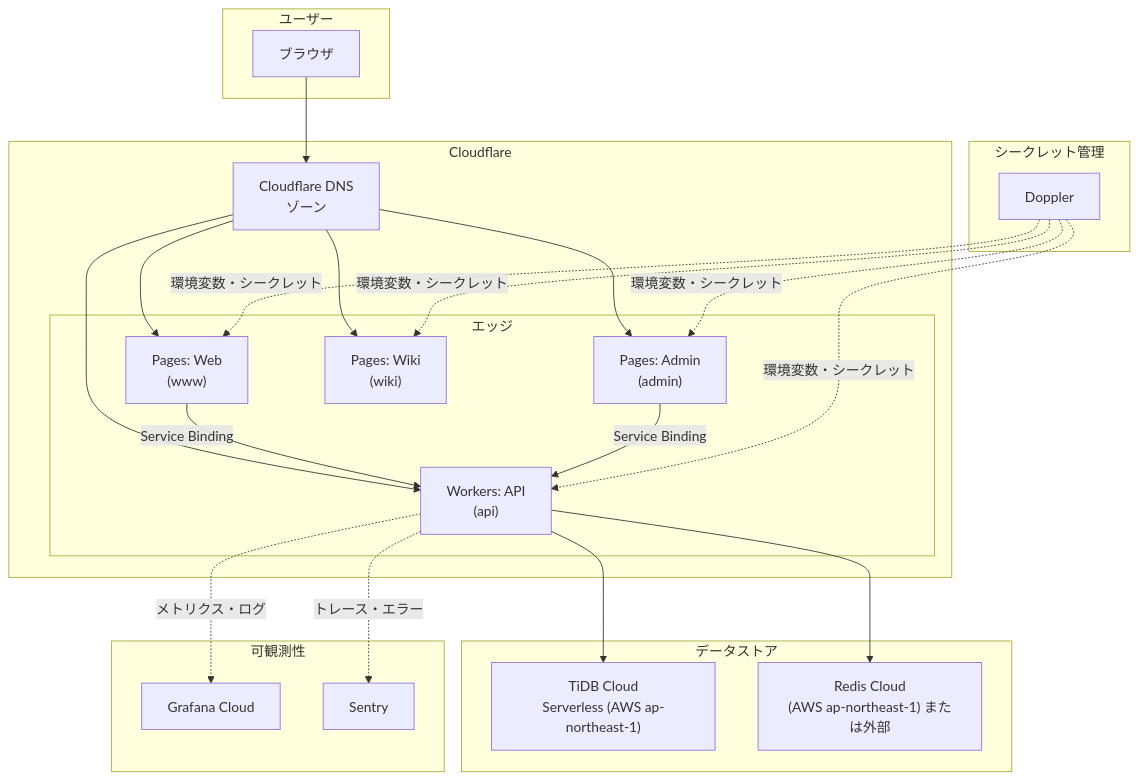
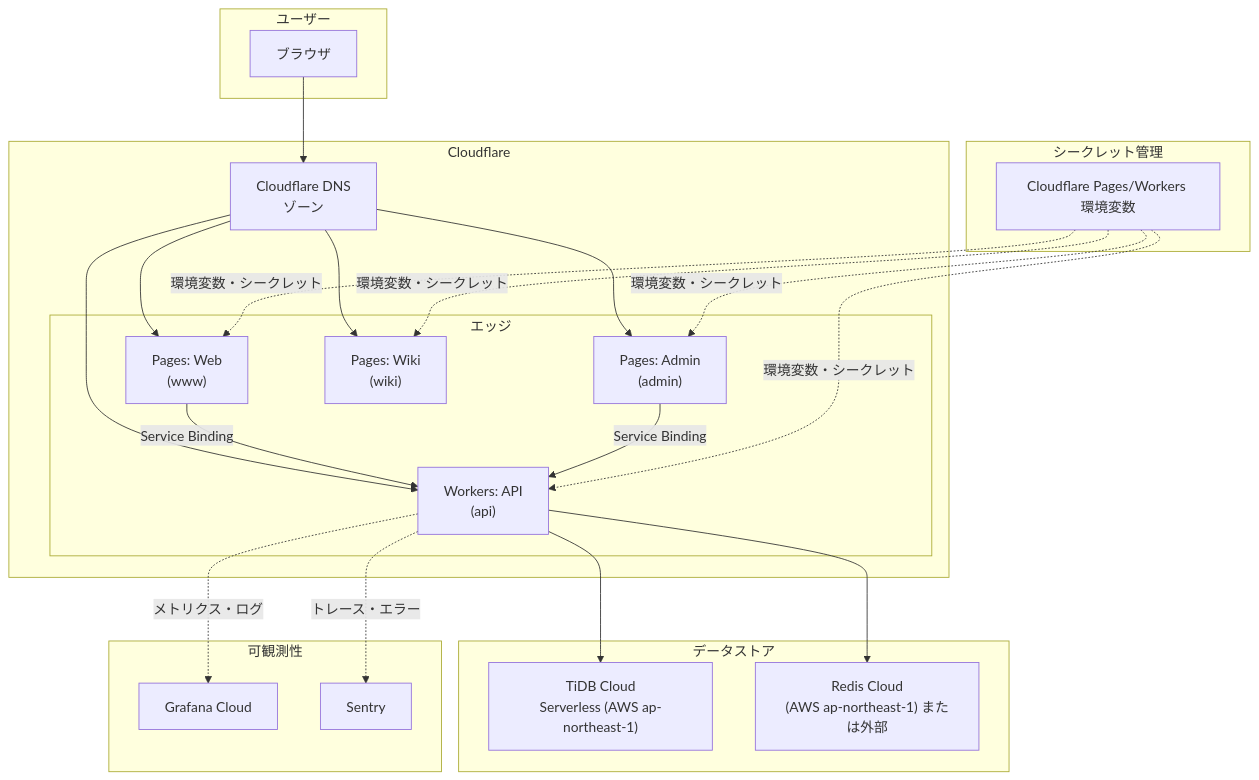
Before and after one commit to hibi-com/portfolio: the first of 2 diagrams in docs/architecture/infra-architecture.md, drawn with Mermaid. The commit also changed other lines of this file and 36 other files, not shown here.

Commit message:
feat: update environment variable handling across applications to replace REDIS_URL with CACHE_URL, enhance package.json scripts by removing Doppler references, and improve documentation for Cloudflare integration

````diff
--- a/docs/architecture/infra-architecture.md
+++ b/docs/architecture/infra-architecture.md
@@ -17,49 +17,49 @@
 ```mermaid
 flowchart TB
     subgraph Users["ユーザー"]
         Browser["ブラウザ"]
     end
 
     subgraph Cloudflare["Cloudflare"]
         DNS["Cloudflare DNS<br/>ゾーン"]
         subgraph Edge["エッジ"]
             PagesWeb["Pages: Web<br/>(www)"]
             PagesAdmin["Pages: Admin<br/>(admin)"]
             PagesWiki["Pages: Wiki<br/>(wiki)"]
             WorkerAPI["Workers: API<br/>(api)"]
         end
     end
 
     subgraph Data["データストア"]
         TiDB["TiDB Cloud<br/>Serverless (AWS ap-northeast-1)"]
         Redis["Redis Cloud<br/>(AWS ap-northeast-1) または外部"]
     end
 
     subgraph Secrets["シークレット管理"]
-        Doppler["Doppler"]
+        CFEnv["Cloudflare Pages/Workers 環境変数"]
     end
 
     subgraph Observability["可観測性"]
         Grafana["Grafana Cloud"]
         Sentry["Sentry"]
     end
 
     Browser --> DNS
     DNS --> PagesWeb
     DNS --> PagesAdmin
     DNS --> PagesWiki
     DNS --> WorkerAPI
 
     PagesWeb -->|Service Binding| WorkerAPI
     PagesAdmin -->|Service Binding| WorkerAPI
     WorkerAPI --> TiDB
     WorkerAPI --> Redis
 
-    Doppler -.->|環境変数・シークレット| PagesWeb
-    Doppler -.->|環境変数・シークレット| PagesAdmin
-    Doppler -.->|環境変数・シークレット| PagesWiki
-    Doppler -.->|環境変数・シークレット| WorkerAPI
+    CFEnv -.->|環境変数・シークレット| PagesWeb
+    CFEnv -.->|環境変数・シークレット| PagesAdmin
+    CFEnv -.->|環境変数・シークレット| PagesWiki
+    CFEnv -.->|環境変数・シークレット| WorkerAPI
 
     WorkerAPI -.->|トレース・エラー| Sentry
     WorkerAPI -.->|メトリクス・ログ| Grafana
 ```
````
